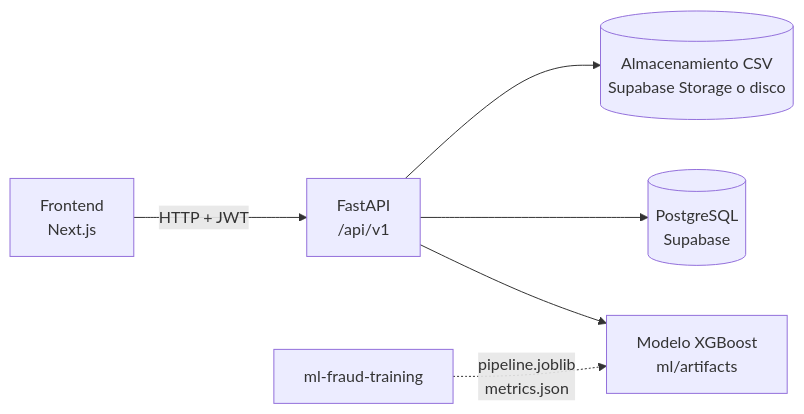
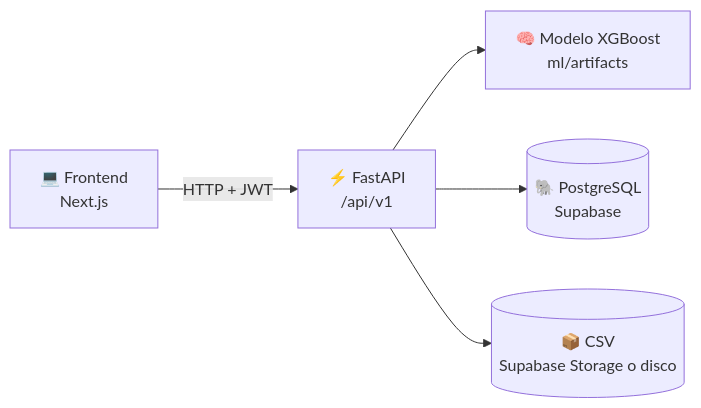
One commit to Crypt0xDev/backend-fraud-detector changed the diagram in README.md. Above: the diagram before and after it, drawn with Mermaid. The commit also changed other lines of this file, not shown here.

````diff
--- a/README.md
+++ b/README.md
@@ -58,8 +39,7 @@
 ```mermaid
 flowchart LR
-    F[Frontend<br/>Next.js] -->|HTTP + JWT| A[FastAPI<br/>/api/v1]
-    A --> M[Modelo XGBoost<br/>ml/artifacts]
-    A --> D[(PostgreSQL<br/>Supabase)]
-    A --> S[(Almacenamiento CSV<br/>Supabase Storage o disco)]
-    T[ml-fraud-training] -.->|pipeline.joblib<br/>metrics.json| M
+    F[💻 Frontend<br/>Next.js] -->|HTTP + JWT| A[⚡ FastAPI<br/>/api/v1]
+    A --> M[🧠 Modelo XGBoost<br/>ml/artifacts]
+    A --> D[(🐘 PostgreSQL<br/>Supabase)]
+    A --> S[(📦 CSV<br/>Supabase Storage o disco)]
 ```
````
